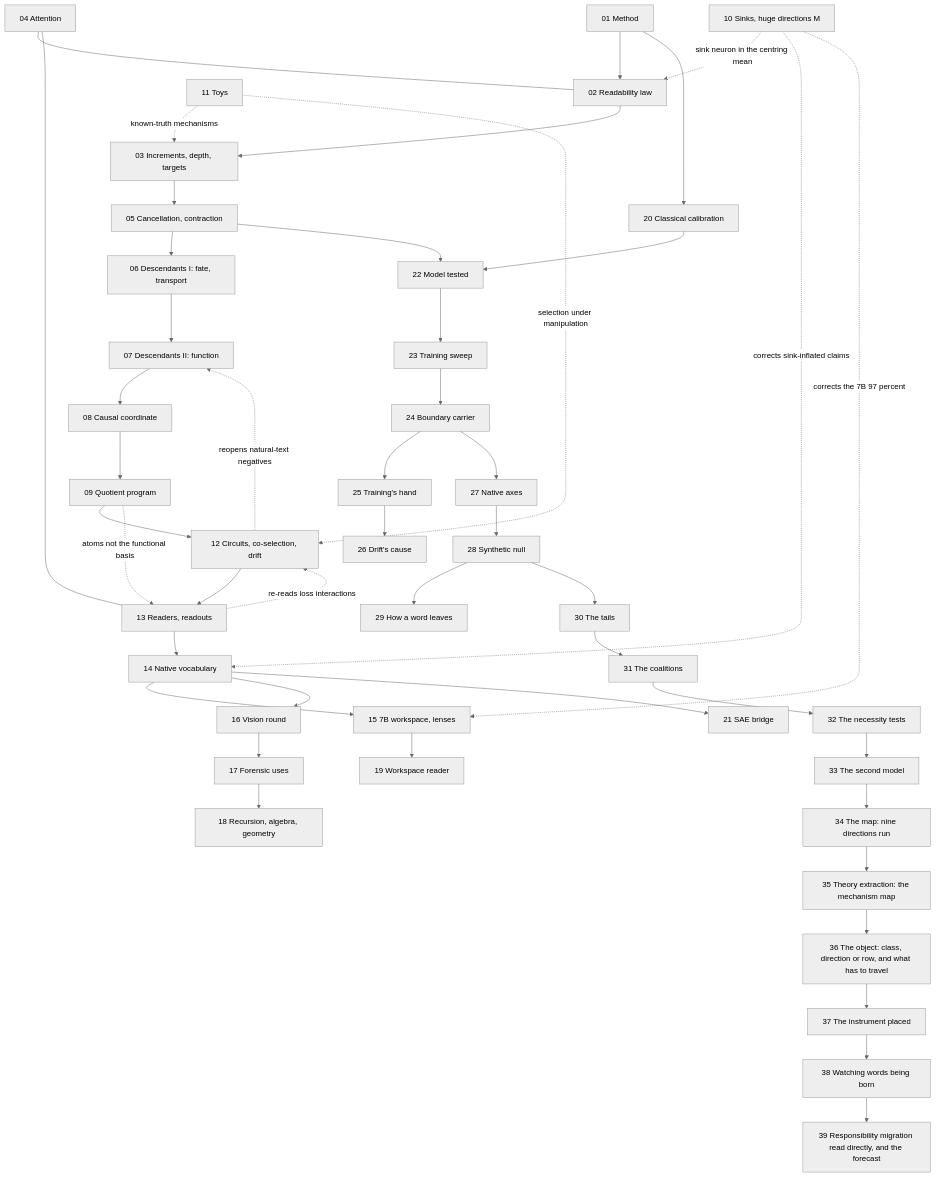
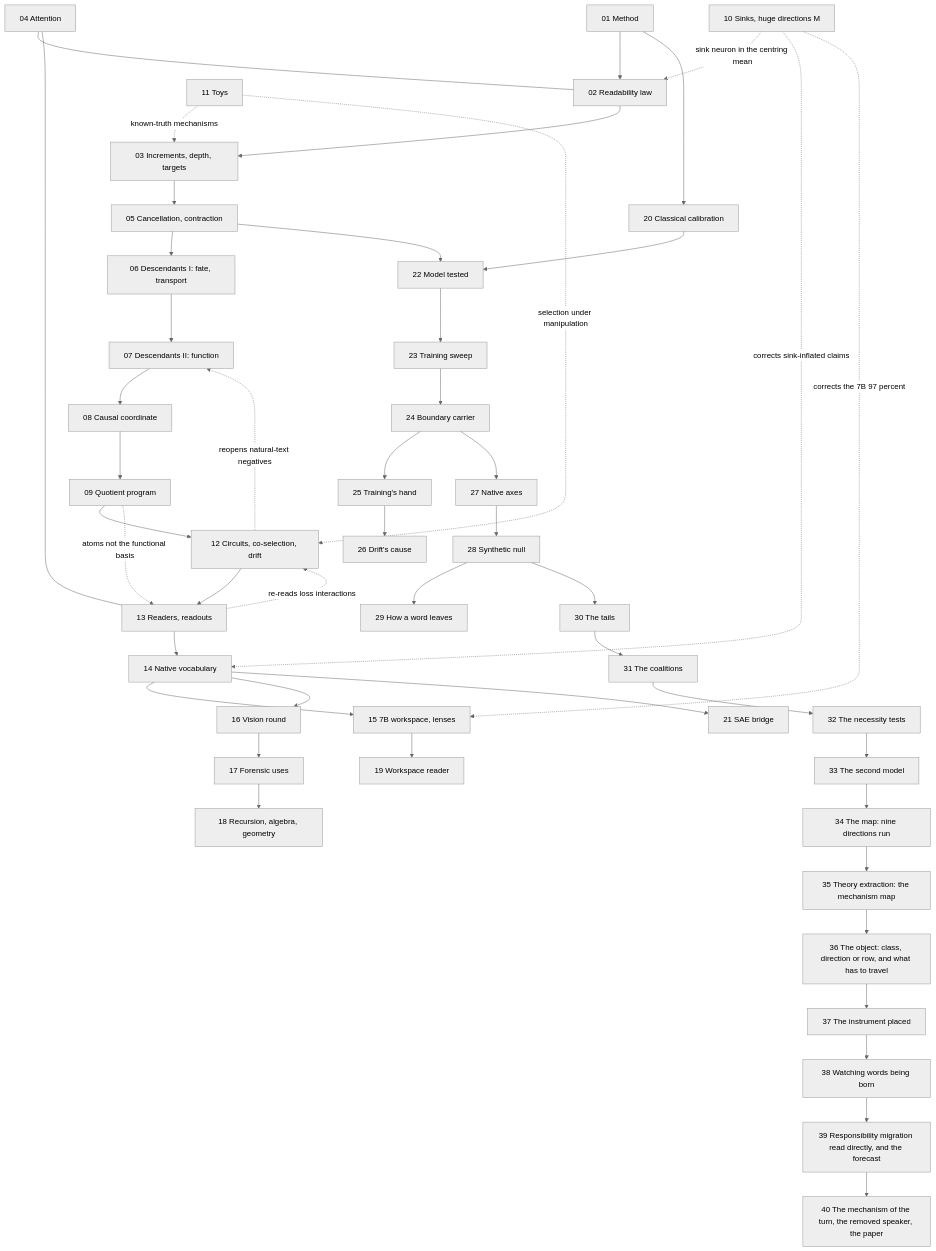
Before and after one commit to sunmoonron/wdd-descendants: the diagram in docs/ATLAS.md, drawn with Mermaid (neutral theme). The commit also changed other lines of this file and 18 other files, not shown here.

First line of the commit message:
Phase 3bv: the learning signal behind the turn, the removed speaker at scale, and the paper (e589, e590, PAPER.md, atlas area 40)

````diff
--- a/docs/ATLAS.md
+++ b/docs/ATLAS.md
@@ -90,49 +91,50 @@
 ```mermaid
 flowchart TD
   A01["01 Method"] --> A02["02 Readability law"]
   A02 --> A03["03 Increments, depth, targets"]
   A03 --> A05["05 Cancellation, contraction"]
   A05 --> A06["06 Descendants I: fate, transport"]
   A06 --> A07["07 Descendants II: function"]
   A07 --> A08["08 Causal coordinate"]
   A08 --> A09["09 Quotient program"]
   A09 --> A12["12 Circuits, co-selection, drift"]
   A12 --> A13["13 Readers, readouts"]
   A13 --> A14["14 Native vocabulary"]
   A14 --> A15["15 7B workspace, lenses"]
   A14 --> A16["16 Vision round"]
   A16 --> A17["17 Forensic uses"]
   A17 --> A18["18 Recursion, algebra, geometry"]
   A15 --> A19["19 Workspace reader"]
   A01 --> A20["20 Classical calibration"]
   A14 --> A21["21 SAE bridge"]
   A20 --> A22["22 Model tested"]
   A22 --> A23["23 Training sweep"]
   A23 --> A24["24 Boundary carrier"]
   A24 --> A25["25 Training's hand"]
   A25 --> A26["26 Drift's cause"]
   A24 --> A27["27 Native axes"]
   A27 --> A28["28 Synthetic null"]
   A28 --> A29["29 How a word leaves"]
   A28 --> A30["30 The tails"]
   A30 --> A31["31 The coalitions"]
   A31 --> A32["32 The necessity tests"]
   A32 --> A33["33 The second model"]
   A33 --> A34["34 The map: nine directions run"]
   A34 --> A35["35 Theory extraction: the mechanism map"]
   A35 --> A36["36 The object: class, direction or row, and what has to travel"]
   A36 --> A37["37 The instrument placed"]
   A37 --> A38["38 Watching words being born"]
   A38 --> A39["39 Responsibility migration read directly, and the forecast"]
+  A39 --> A40["40 The mechanism of the turn, the removed speaker, the paper"]
   A05 --> A22
   A04["04 Attention"] --- A02
   A04 --- A13
   A10["10 Sinks, huge directions M"] -.->|sink neuron in the centring mean| A02
   A10 -.->|corrects sink-inflated claims| A14
   A10 -.->|corrects the 7B 97 percent| A15
   A11["11 Toys"] -.->|known-truth mechanisms| A03
   A11 -.->|selection under manipulation| A12
   A12 -.->|reopens natural-text negatives| A07
   A13 -.->|re-reads loss interactions| A12
   A09 -.->|atoms not the functional basis| A13
 ```
````
